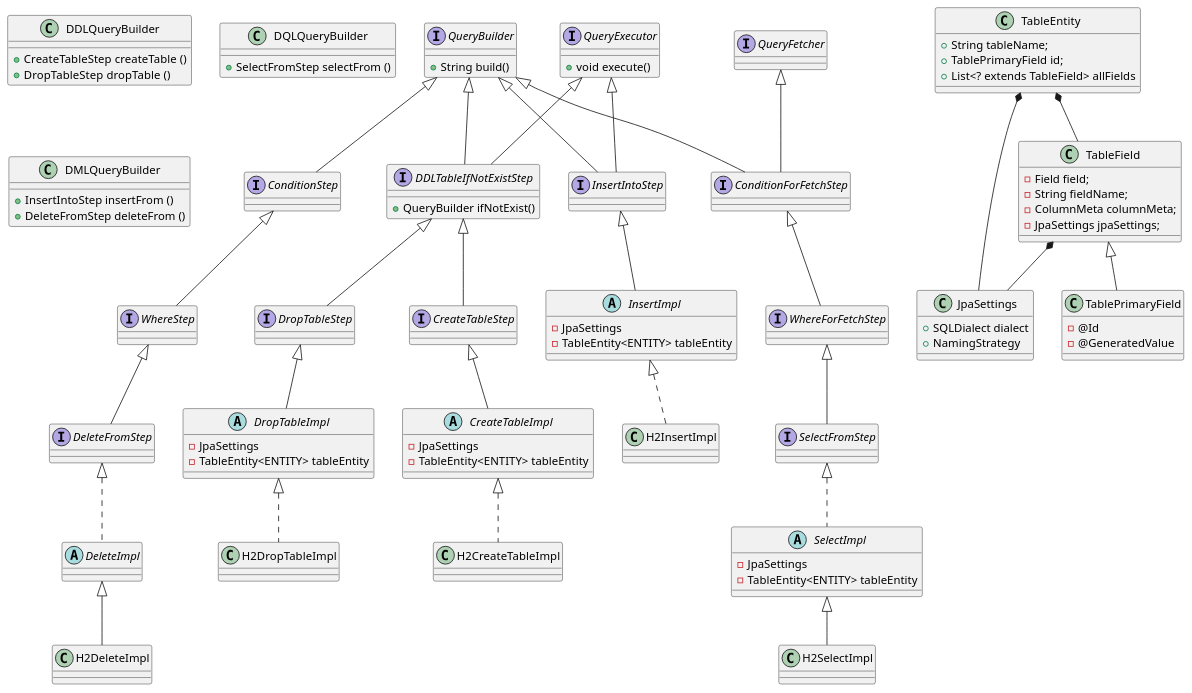
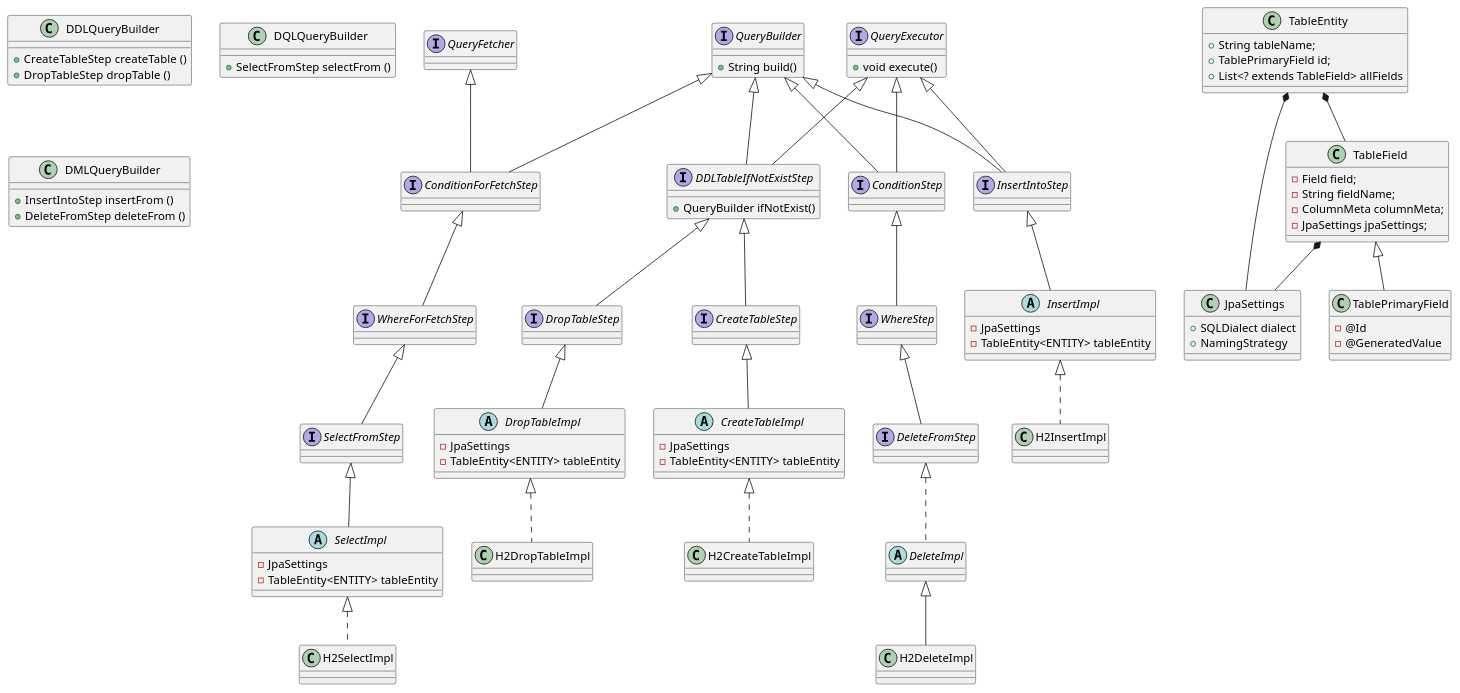
One commit to next-step/jpa-query-builder changed the diagram in docs/uml/step-3-class-diagram.puml. Above: the diagram before and after it, drawn with PlantUML. The commit also changed 9 other files, not shown here.

Commit message:
fix. 누락사항 수정 - 요구사항 파악 미스로 findAll(), findById() 추가 - delete 쿼리 실제로 실행 될 수 있도록 수정 - UML 최신화 - H2 실행될때마다 테이블 초기화

```diff
--- a/docs/uml/step-3-class-diagram.puml
+++ b/docs/uml/step-3-class-diagram.puml
@@ -1,150 +1,150 @@
 @startuml
 interface QueryBuilder {
     + String build()
 }
 
 ' QueryBuilder 들
 class DDLQueryBuilder {
     + CreateTableStep createTable ()
     + DropTableStep dropTable ()
 }
 
 class DQLQueryBuilder {
     + SelectFromStep selectFrom ()
 }
 
 class DMLQueryBuilder {
     + InsertIntoStep insertFrom ()
     + DeleteFromStep deleteFrom ()
 }
 
 
 ' 이거도 그리면 좋지만 안이쁘니 숨기자...
 'DDLQueryBuilder -[hidden]..> CreateTableStep:returns
 'DDLQueryBuilder -[hidden]..> DropTableStep:returns
 
 'DMLQueryBuilder -[hidden]..> InsertIntoStep:returns
 'DMLQueryBuilder -[hidden]..> DeleteFromStep:returns
 
 ' Step 들 정의
 interface CreateTableStep extends DDLTableIfNotExistStep {
 
 }
 
 interface DropTableStep extends DDLTableIfNotExistStep {
 
 }
 
 interface SelectFromStep extends WhereForFetchStep {
 
 }
 
 interface WhereForFetchStep extends ConditionForFetchStep {
 
 }
 
 interface ConditionForFetchStep extends QueryFetcher, QueryBuilder {
 
 }
 
 interface DeleteFromStep extends WhereStep {
 
 }
 
 
 interface WhereStep extends ConditionStep {
 
 }
 
 interface InsertIntoStep extends QueryBuilder, QueryExecutor {
 
 }
 
-interface ConditionStep extends QueryBuilder {
+interface ConditionStep extends QueryBuilder, QueryExecutor {
 
 }
 
 abstract class DeleteImpl implements DeleteFromStep {
 
 }
 
 class H2DeleteImpl extends DeleteImpl {
 
 }
 
 interface DDLTableIfNotExistStep extends QueryBuilder, QueryExecutor {
     + QueryBuilder ifNotExist()
 }
 
 interface QueryExecutor {
     + void execute()
 }
 
 abstract class CreateTableImpl extends CreateTableStep{
     - JpaSettings
     - TableEntity<ENTITY> tableEntity
 }
 
 class H2CreateTableImpl implements CreateTableImpl {
 
 }
 
 ' DROP
 abstract class DropTableImpl extends DropTableStep {
     - JpaSettings
     - TableEntity<ENTITY> tableEntity
 }
 
 class H2DropTableImpl implements DropTableImpl {
 
 }
 
 ' INSERT
 abstract class InsertImpl extends InsertIntoStep {
     - JpaSettings
     - TableEntity<ENTITY> tableEntity
 }
 
 class H2InsertImpl implements InsertImpl {
 
 }
 
 ' SELECT
-abstract class SelectImpl implements SelectFromStep {
+abstract class SelectImpl extends SelectFromStep {
     - JpaSettings
     - TableEntity<ENTITY> tableEntity
 }
 
-class H2SelectImpl extends SelectImpl {
+class H2SelectImpl implements SelectImpl {
 
 }
 
 class JpaSettings {
     + SQLDialect dialect
     + NamingStrategy
 }
 
 TableEntity *--	TableField
 TableEntity *--	JpaSettings
 
 TableField *-- JpaSettings
 
 class TableEntity {
     + String tableName;
     + TablePrimaryField id;
     + List<? extends TableField> allFields
 }
 
 class TableField {
     - Field field;
     - String fieldName;
     - ColumnMeta columnMeta;
     - JpaSettings jpaSettings;
 }
 
 class TablePrimaryField extends TableField {
     - @Id
     - @GeneratedValue
 }
 
 @enduml
```
